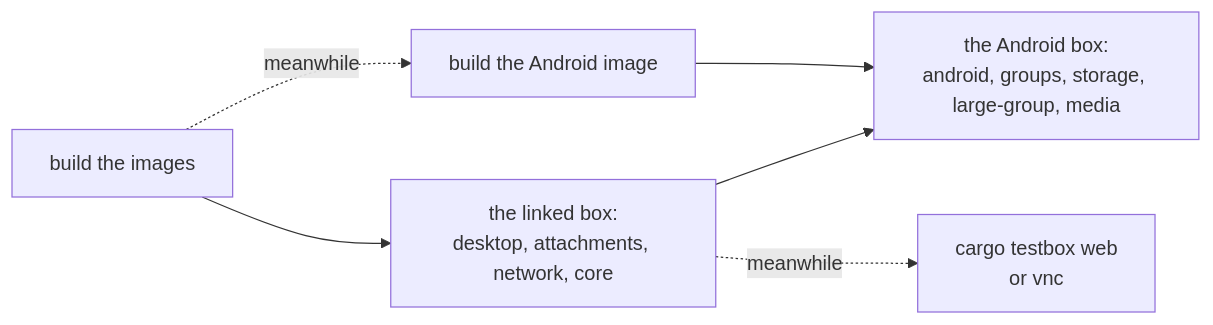
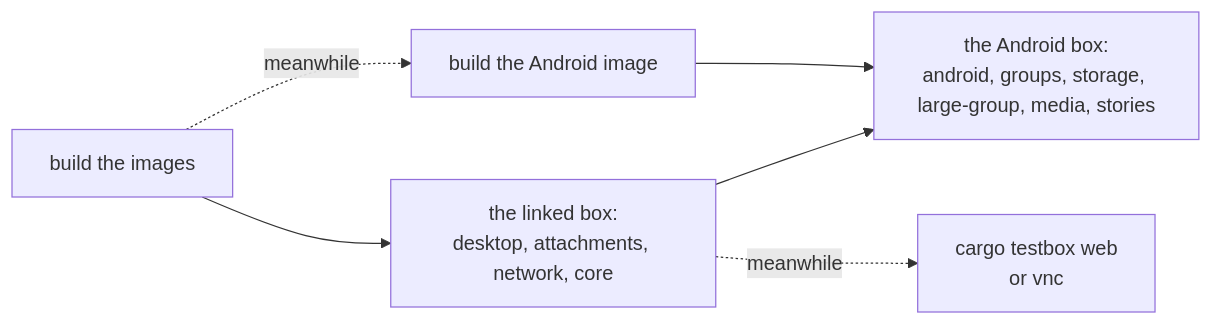
Before and after one commit to barafael/beep: the third of 3 diagrams in testbox/README.md, drawn with Mermaid. The commit also changed other lines of this file and 16 other files, not shown here.

````diff
--- a/testbox/README.md
+++ b/testbox/README.md
@@ -100,8 +100,8 @@
 ```mermaid
 flowchart LR
     build["build the images"] --> linked["the linked box:<br/>desktop, attachments, network, core"]
     build -. "meanwhile" .-> image["build the Android image"]
-    linked --> android["the Android box:<br/>android, groups, storage, large-group, media"]
+    linked --> android["the Android box:<br/>android, groups, storage, large-group, media, stories"]
     image --> android
     linked -. "meanwhile" .-> watch["cargo testbox web<br/>or vnc"]
 ```
````
